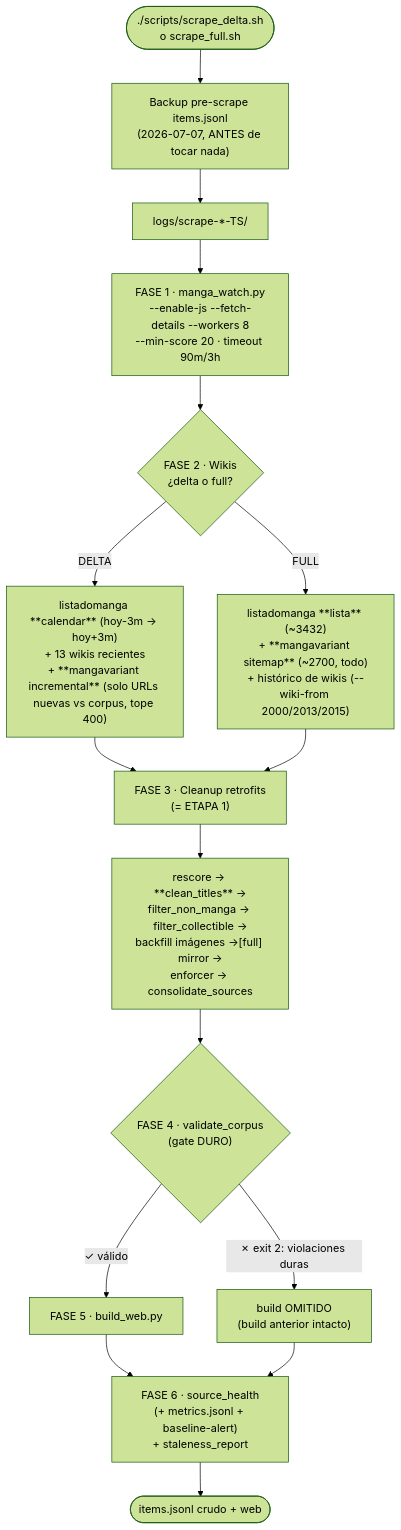
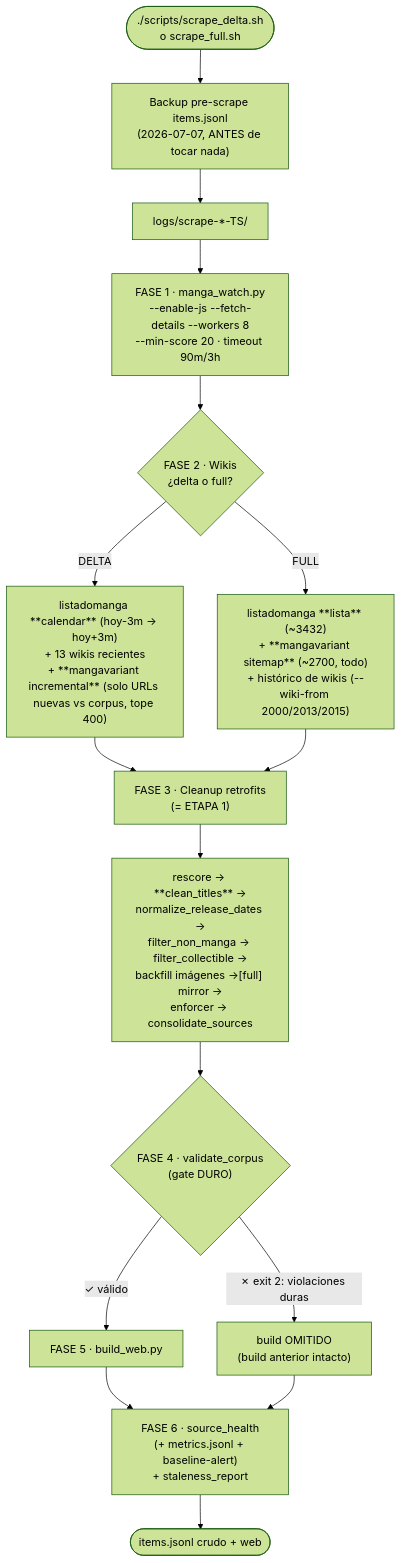
The third of 6 diagrams in docs/scraper/PIPELINE-WALKTHROUGH.md (MineiToshio/PandaWatch), drawn with Mermaid (forest theme) before and after one commit. The commit also changed other lines of this file and 69 other files, not shown here.

````diff
--- a/docs/scraper/PIPELINE-WALKTHROUGH.md
+++ b/docs/scraper/PIPELINE-WALKTHROUGH.md
@@ -162,18 +176,18 @@
 ```mermaid
 flowchart TD
     START([./scripts/scrape_delta.sh<br/>o scrape_full.sh]) --> BAK["Backup pre-scrape items.jsonl<br/>(2026-07-07, ANTES de tocar nada)"]
     BAK --> LOG["logs/scrape-*-TS/"]
     LOG --> F1["FASE 1 · manga_watch.py<br/>--enable-js --fetch-details --workers 8<br/>--min-score 20 · timeout 90m/3h"]
     F1 --> F2{"FASE 2 · Wikis<br/>¿delta o full?"}
     F2 -->|DELTA| D2["listadomanga **calendar** (hoy-3m → hoy+3m)<br/>+ 13 wikis recientes<br/>+ **mangavariant incremental** (solo URLs nuevas vs corpus, tope 400)"]
     F2 -->|FULL| FU2["listadomanga **lista** (~3432)<br/>+ **mangavariant sitemap** (~2700, todo)<br/>+ histórico de wikis (--wiki-from 2000/2013/2015)"]
     D2 --> F3
     FU2 --> F3
-    F3["FASE 3 · Cleanup retrofits<br/>(= ETAPA 1)"] --> R["rescore → **clean_titles** →<br/>filter_non_manga → filter_collectible →<br/>backfill imágenes →[full] mirror →<br/>enforcer → consolidate_sources"]
+    F3["FASE 3 · Cleanup retrofits<br/>(= ETAPA 1)"] --> R["rescore → **clean_titles** →<br/>normalize_release_dates →<br/>filter_non_manga → filter_collectible →<br/>backfill imágenes →[full] mirror →<br/>enforcer → consolidate_sources"]
     R --> F4{"FASE 4 · validate_corpus<br/>(gate DURO)"}
     F4 -->|✗ exit 2: violaciones duras| SKIP["build OMITIDO<br/>(build anterior intacto)"]
     F4 -->|✓ válido| F5["FASE 5 · build_web.py"]
     F5 --> F6["FASE 6 · source_health<br/>(+ metrics.jsonl + baseline-alert)<br/>+ staleness_report"]
     SKIP --> F6
     F6 --> END([items.jsonl crudo + web])
 ```
````
